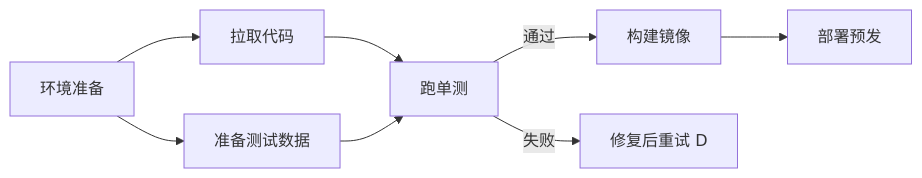
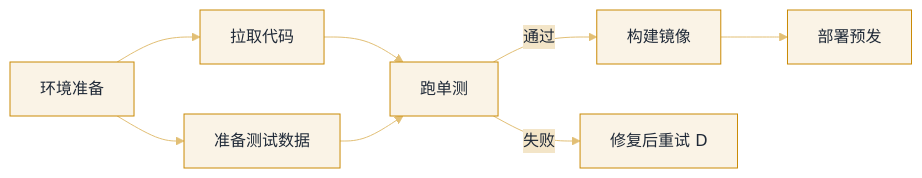
The diagram in docs/07-planning/subgoal-planning.md (funny8kids/ai-agent-handbook), drawn with Mermaid before and after one commit. The commit also changed 144 other files, not shown here.

First line of the commit message:
Theme all 154 Mermaid diagrams with per-chapter colors via %%{init}%% directives

````diff
--- a/docs/07-planning/subgoal-planning.md
+++ b/docs/07-planning/subgoal-planning.md
@@ -69,10 +69,11 @@
 ```mermaid
+%%{init: {"theme":"base","themeVariables":{"primaryColor":"#FAF3E6","primaryBorderColor":"#CA8A04","primaryTextColor":"#1F2937","secondaryColor":"#F3E5C8","tertiaryColor":"#FDFAF5","lineColor":"#E2BF75","actorBkg":"#FBF6EB","actorBorder":"#CA8A04","actorTextColor":"#1F2937","signalColor":"#DAAD4F","noteBkgColor":"#F5EAD2","noteBorderColor":"#CA8A04","noteTextColor":"#1F2937","labelBoxBkgColor":"#FAF3E6","labelBoxBorderColor":"#CA8A04"}}}%%
 flowchart LR
   A[环境准备] --> B[拉取代码]
   A --> C[准备测试数据]
   B --> D[跑单测]
   C --> D
   D -- 通过 --> E[构建镜像]
   D -- 失败 --> F[修复后重试 D]
   E --> G[部署预发]
 ```
````
